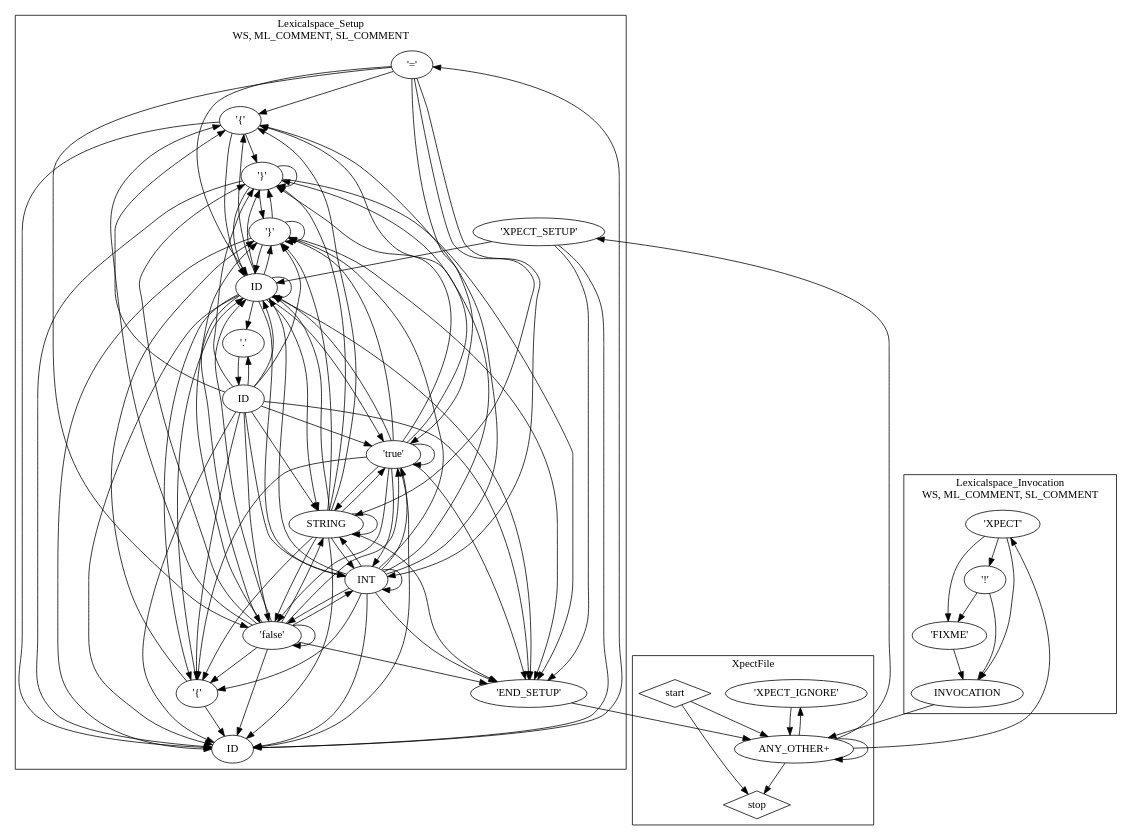
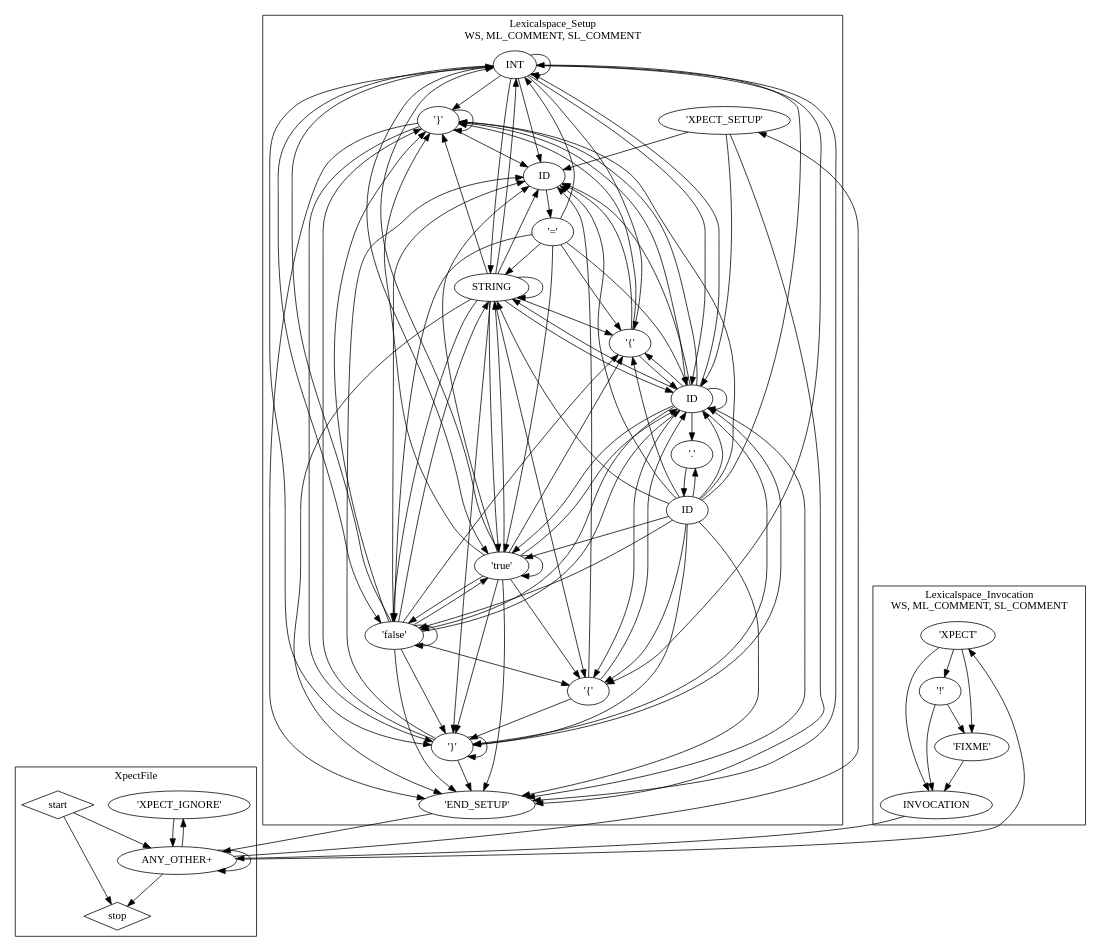
One commit to tjeske/Xpect changed the diagram in org.eclipse.xpect.ui/src-gen/org/eclipse/xpect/lexer/XpectHIGrammarNfa.dot. Above: the diagram before and after it, drawn with Graphviz. The commit also changed 135 other files, not shown here.

```diff
--- a/org.eclipse.xpect.ui/src-gen/org/eclipse/xpect/lexer/XpectHIGrammarNfa.dot
+++ b/org.eclipse.xpect.ui/src-gen/org/eclipse/xpect/lexer/XpectHIGrammarNfa.dot
@@ -1,150 +1,150 @@
 ## This is a Graphviz .dot file (http://www.graphviz.org/)
 ## You can use the command 'dot -Tpdf this.dot > out.pdf' to render it.
 digraph G {
-subgraph cluster_lexicalgroup1300528434 {
-label="Lexicalspace_Setup\nWS, ML_COMMENT, SL_COMMENT";
-tokennfastate1099307364 [label="'='"];
-tokennfastate778559237 [label="'{'"];
-tokennfastate464458344 [label=ID];
-tokennfastate640145996 [label="'}'"];
-tokennfastate108906448 [label="'false'"];
-tokennfastate1303951496 [label="'XPECT_SETUP'"];
-tokennfastate413046895 [label="'}'"];
-tokennfastate1640502170 [label="'END_SETUP'"];
-tokennfastate234471338 [label=ID];
-tokennfastate1420933636 [label=INT];
-tokennfastate6645235 [label=STRING];
-tokennfastate13395290 [label="'true'"];
-tokennfastate413215160 [label="'.'"];
-tokennfastate227127507 [label="'{'"];
-tokennfastate143782287 [label=ID];
+subgraph cluster_lexicalgroup1555928242 {
+label="Lexicalspace_Invocation\nWS, ML_COMMENT, SL_COMMENT";
+tokennfastate753282599 [label="'!'"];
+tokennfastate1949153992 [label="'XPECT'"];
+tokennfastate2136962865 [label=INVOCATION];
+tokennfastate791512944 [label="'FIXME'"];
 }
 
-subgraph cluster_lexicalgroup440472115 {
-label="XpectFile\n";
-tokennfastate174271200 [label="'XPECT_IGNORE'"];
-tokennfastate1901662085 [shape=diamond,label=start];
-tokennfastate562203102 [label="ANY_OTHER+"];
-tokennfastate131223023 [shape=diamond,label=stop];
+subgraph cluster_lexicalgroup825791803 {
+label="Lexicalspace_Setup\nWS, ML_COMMENT, SL_COMMENT";
+tokennfastate1953342799 [label=INT];
+tokennfastate1188137523 [label="'END_SETUP'"];
+tokennfastate1921332678 [label="'.'"];
+tokennfastate1871689990 [label="'}'"];
+tokennfastate1638556416 [label=ID];
+tokennfastate892903721 [label="'{'"];
+tokennfastate38073174 [label=ID];
+tokennfastate2058316797 [label="'}'"];
+tokennfastate1986901753 [label="'false'"];
+tokennfastate1977299598 [label="'XPECT_SETUP'"];
+tokennfastate811986896 [label=ID];
+tokennfastate198220326 [label="'='"];
+tokennfastate470217116 [label="'true'"];
+tokennfastate1016893923 [label="'{'"];
+tokennfastate1344320927 [label=STRING];
 }
 
-subgraph cluster_lexicalgroup1792088662 {
-label="Lexicalspace_Invocation\nWS, ML_COMMENT, SL_COMMENT";
-tokennfastate2141140246 [label="'XPECT'"];
-tokennfastate1749476584 [label="'FIXME'"];
-tokennfastate1201057368 [label="'!'"];
-tokennfastate1227400007 [label=INVOCATION];
+subgraph cluster_lexicalgroup278166606 {
+label="XpectFile\n";
+tokennfastate2116946826 [label="'XPECT_IGNORE'"];
+tokennfastate1250685404 [shape=diamond,label=start];
+tokennfastate1230977381 [shape=diamond,label=stop];
+tokennfastate428169113 [label="ANY_OTHER+"];
 }
 
-tokennfastate1099307364->tokennfastate234471338 [];
-tokennfastate1099307364->tokennfastate778559237 [];
-tokennfastate1099307364->tokennfastate13395290 [];
-tokennfastate1099307364->tokennfastate108906448 [];
-tokennfastate1099307364->tokennfastate1420933636 [];
-tokennfastate1099307364->tokennfastate6645235 [];
-tokennfastate778559237->tokennfastate640145996 [];
-tokennfastate778559237->tokennfastate464458344 [];
-tokennfastate778559237->tokennfastate234471338 [];
-tokennfastate464458344->tokennfastate1099307364 [];
-tokennfastate640145996->tokennfastate413046895 [];
-tokennfastate640145996->tokennfastate234471338 [];
-tokennfastate640145996->tokennfastate464458344 [];
-tokennfastate640145996->tokennfastate640145996 [];
-tokennfastate640145996->tokennfastate1640502170 [];
-tokennfastate108906448->tokennfastate778559237 [];
-tokennfastate108906448->tokennfastate413046895 [];
-tokennfastate108906448->tokennfastate234471338 [];
-tokennfastate108906448->tokennfastate464458344 [];
-tokennfastate108906448->tokennfastate640145996 [];
-tokennfastate108906448->tokennfastate1640502170 [];
-tokennfastate108906448->tokennfastate227127507 [];
-tokennfastate108906448->tokennfastate13395290 [];
-tokennfastate108906448->tokennfastate108906448 [];
-tokennfastate108906448->tokennfastate1420933636 [];
-tokennfastate108906448->tokennfastate6645235 [];
-tokennfastate1303951496->tokennfastate1640502170 [];
-tokennfastate1303951496->tokennfastate234471338 [];
-tokennfastate1303951496->tokennfastate464458344 [];
-tokennfastate413046895->tokennfastate1640502170 [];
-tokennfastate413046895->tokennfastate234471338 [];
-tokennfastate413046895->tokennfastate464458344 [];
-tokennfastate413046895->tokennfastate413046895 [];
-tokennfastate413046895->tokennfastate640145996 [];
-tokennfastate1640502170->tokennfastate562203102 [];
-tokennfastate234471338->tokennfastate1640502170 [];
-tokennfastate234471338->tokennfastate234471338 [];
-tokennfastate234471338->tokennfastate464458344 [];
-tokennfastate234471338->tokennfastate413215160 [];
-tokennfastate234471338->tokennfastate413046895 [];
-tokennfastate234471338->tokennfastate640145996 [];
-tokennfastate234471338->tokennfastate13395290 [];
-tokennfastate234471338->tokennfastate108906448 [];
-tokennfastate234471338->tokennfastate1420933636 [];
-tokennfastate234471338->tokennfastate6645235 [];
-tokennfastate234471338->tokennfastate778559237 [];
-tokennfastate234471338->tokennfastate227127507 [];
-tokennfastate1420933636->tokennfastate778559237 [];
-tokennfastate1420933636->tokennfastate413046895 [];
-tokennfastate1420933636->tokennfastate234471338 [];
-tokennfastate1420933636->tokennfastate464458344 [];
-tokennfastate1420933636->tokennfastate640145996 [];
-tokennfastate1420933636->tokennfastate1640502170 [];
-tokennfastate1420933636->tokennfastate227127507 [];
-tokennfastate1420933636->tokennfastate13395290 [];
-tokennfastate1420933636->tokennfastate108906448 [];
-tokennfastate1420933636->tokennfastate1420933636 [];
-tokennfastate1420933636->tokennfastate6645235 [];
-tokennfastate6645235->tokennfastate778559237 [];
-tokennfastate6645235->tokennfastate413046895 [];
-tokennfastate6645235->tokennfastate234471338 [];
-tokennfastate6645235->tokennfastate464458344 [];
-tokennfastate6645235->tokennfastate640145996 [];
-tokennfastate6645235->tokennfastate1640502170 [];
-tokennfastate6645235->tokennfastate227127507 [];
-tokennfastate6645235->tokennfastate13395290 [];
-tokennfastate6645235->tokennfastate108906448 [];
-tokennfastate6645235->tokennfastate1420933636 [];
-tokennfastate6645235->tokennfastate6645235 [];
-tokennfastate13395290->tokennfastate778559237 [];
-tokennfastate13395290->tokennfastate413046895 [];
-tokennfastate13395290->tokennfastate234471338 [];
-tokennfastate13395290->tokennfastate464458344 [];
-tokennfastate13395290->tokennfastate640145996 [];
-tokennfastate13395290->tokennfastate1640502170 [];
-tokennfastate13395290->tokennfastate227127507 [];
-tokennfastate13395290->tokennfastate13395290 [];
-tokennfastate13395290->tokennfastate108906448 [];
-tokennfastate13395290->tokennfastate1420933636 [];
-tokennfastate13395290->tokennfastate6645235 [];
-tokennfastate413215160->tokennfastate143782287 [];
-tokennfastate227127507->tokennfastate413046895 [];
-tokennfastate227127507->tokennfastate234471338 [];
-tokennfastate227127507->tokennfastate464458344 [];
-tokennfastate143782287->tokennfastate227127507 [];
-tokennfastate143782287->tokennfastate13395290 [];
-tokennfastate143782287->tokennfastate108906448 [];
-tokennfastate143782287->tokennfastate1420933636 [];
-tokennfastate143782287->tokennfastate6645235 [];
-tokennfastate143782287->tokennfastate413046895 [];
-tokennfastate143782287->tokennfastate234471338 [];
-tokennfastate143782287->tokennfastate464458344 [];
-tokennfastate143782287->tokennfastate640145996 [];
-tokennfastate143782287->tokennfastate1640502170 [];
-tokennfastate143782287->tokennfastate778559237 [];
-tokennfastate143782287->tokennfastate413215160 [];
-tokennfastate174271200->tokennfastate562203102 [];
-tokennfastate1901662085->tokennfastate131223023 [];
-tokennfastate1901662085->tokennfastate562203102 [];
-tokennfastate562203102->tokennfastate174271200 [];
-tokennfastate562203102->tokennfastate1303951496 [];
-tokennfastate562203102->tokennfastate2141140246 [];
-tokennfastate562203102->tokennfastate131223023 [];
-tokennfastate562203102->tokennfastate562203102 [];
-tokennfastate2141140246->tokennfastate1227400007 [];
-tokennfastate2141140246->tokennfastate1201057368 [];
-tokennfastate2141140246->tokennfastate1749476584 [];
-tokennfastate1749476584->tokennfastate1227400007 [];
-tokennfastate1201057368->tokennfastate1227400007 [];
-tokennfastate1201057368->tokennfastate1749476584 [];
-tokennfastate1227400007->tokennfastate562203102 [];
+tokennfastate753282599->tokennfastate2136962865 [];
+tokennfastate753282599->tokennfastate791512944 [];
+tokennfastate1949153992->tokennfastate2136962865 [];
+tokennfastate1949153992->tokennfastate753282599 [];
+tokennfastate1949153992->tokennfastate791512944 [];
+tokennfastate2136962865->tokennfastate428169113 [];
+tokennfastate791512944->tokennfastate2136962865 [];
+tokennfastate1953342799->tokennfastate1016893923 [];
+tokennfastate1953342799->tokennfastate2058316797 [];
+tokennfastate1953342799->tokennfastate811986896 [];
+tokennfastate1953342799->tokennfastate38073174 [];
+tokennfastate1953342799->tokennfastate1871689990 [];
+tokennfastate1953342799->tokennfastate1188137523 [];
+tokennfastate1953342799->tokennfastate892903721 [];
+tokennfastate1953342799->tokennfastate470217116 [];
+tokennfastate1953342799->tokennfastate1986901753 [];
+tokennfastate1953342799->tokennfastate1953342799 [];
+tokennfastate1953342799->tokennfastate1344320927 [];
+tokennfastate1188137523->tokennfastate428169113 [];
+tokennfastate1921332678->tokennfastate1638556416 [];
+tokennfastate1871689990->tokennfastate2058316797 [];
+tokennfastate1871689990->tokennfastate811986896 [];
+tokennfastate1871689990->tokennfastate38073174 [];
+tokennfastate1871689990->tokennfastate1871689990 [];
+tokennfastate1871689990->tokennfastate1188137523 [];
+tokennfastate1638556416->tokennfastate892903721 [];
+tokennfastate1638556416->tokennfastate470217116 [];
+tokennfastate1638556416->tokennfastate1986901753 [];
+tokennfastate1638556416->tokennfastate1953342799 [];
+tokennfastate1638556416->tokennfastate1344320927 [];
+tokennfastate1638556416->tokennfastate2058316797 [];
+tokennfastate1638556416->tokennfastate811986896 [];
+tokennfastate1638556416->tokennfastate38073174 [];
+tokennfastate1638556416->tokennfastate1871689990 [];
+tokennfastate1638556416->tokennfastate1188137523 [];
+tokennfastate1638556416->tokennfastate1016893923 [];
+tokennfastate1638556416->tokennfastate1921332678 [];
+tokennfastate892903721->tokennfastate2058316797 [];
+tokennfastate892903721->tokennfastate811986896 [];
+tokennfastate892903721->tokennfastate38073174 [];
+tokennfastate38073174->tokennfastate198220326 [];
+tokennfastate2058316797->tokennfastate1188137523 [];
+tokennfastate2058316797->tokennfastate811986896 [];
+tokennfastate2058316797->tokennfastate38073174 [];
+tokennfastate2058316797->tokennfastate2058316797 [];
+tokennfastate2058316797->tokennfastate1871689990 [];
+tokennfastate1986901753->tokennfastate1016893923 [];
+tokennfastate1986901753->tokennfastate2058316797 [];
+tokennfastate1986901753->tokennfastate811986896 [];
+tokennfastate1986901753->tokennfastate38073174 [];
+tokennfastate1986901753->tokennfastate1871689990 [];
+tokennfastate1986901753->tokennfastate1188137523 [];
+tokennfastate1986901753->tokennfastate892903721 [];
+tokennfastate1986901753->tokennfastate470217116 [];
+tokennfastate1986901753->tokennfastate1986901753 [];
+tokennfastate1986901753->tokennfastate1953342799 [];
+tokennfastate1986901753->tokennfastate1344320927 [];
+tokennfastate1977299598->tokennfastate1188137523 [];
+tokennfastate1977299598->tokennfastate811986896 [];
+tokennfastate1977299598->tokennfastate38073174 [];
+tokennfastate811986896->tokennfastate1188137523 [];
+tokennfastate811986896->tokennfastate811986896 [];
+tokennfastate811986896->tokennfastate38073174 [];
+tokennfastate811986896->tokennfastate1921332678 [];
+tokennfastate811986896->tokennfastate2058316797 [];
+tokennfastate811986896->tokennfastate1871689990 [];
+tokennfastate811986896->tokennfastate470217116 [];
+tokennfastate811986896->tokennfastate1986901753 [];
+tokennfastate811986896->tokennfastate1953342799 [];
+tokennfastate811986896->tokennfastate1344320927 [];
+tokennfastate811986896->tokennfastate1016893923 [];
+tokennfastate811986896->tokennfastate892903721 [];
+tokennfastate198220326->tokennfastate811986896 [];
+tokennfastate198220326->tokennfastate1016893923 [];
+tokennfastate198220326->tokennfastate470217116 [];
+tokennfastate198220326->tokennfastate1986901753 [];
+tokennfastate198220326->tokennfastate1953342799 [];
+tokennfastate198220326->tokennfastate1344320927 [];
+tokennfastate470217116->tokennfastate1016893923 [];
+tokennfastate470217116->tokennfastate2058316797 [];
+tokennfastate470217116->tokennfastate811986896 [];
+tokennfastate470217116->tokennfastate38073174 [];
+tokennfastate470217116->tokennfastate1871689990 [];
+tokennfastate470217116->tokennfastate1188137523 [];
+tokennfastate470217116->tokennfastate892903721 [];
+tokennfastate470217116->tokennfastate470217116 [];
+tokennfastate470217116->tokennfastate1986901753 [];
+tokennfastate470217116->tokennfastate1953342799 [];
+tokennfastate470217116->tokennfastate1344320927 [];
+tokennfastate1016893923->tokennfastate1871689990 [];
+tokennfastate1016893923->tokennfastate38073174 [];
+tokennfastate1016893923->tokennfastate811986896 [];
+tokennfastate1344320927->tokennfastate1016893923 [];
+tokennfastate1344320927->tokennfastate2058316797 [];
+tokennfastate1344320927->tokennfastate811986896 [];
+tokennfastate1344320927->tokennfastate38073174 [];
+tokennfastate1344320927->tokennfastate1871689990 [];
+tokennfastate1344320927->tokennfastate1188137523 [];
+tokennfastate1344320927->tokennfastate892903721 [];
+tokennfastate1344320927->tokennfastate470217116 [];
+tokennfastate1344320927->tokennfastate1986901753 [];
+tokennfastate1344320927->tokennfastate1953342799 [];
+tokennfastate1344320927->tokennfastate1344320927 [];
+tokennfastate2116946826->tokennfastate428169113 [];
+tokennfastate1250685404->tokennfastate1230977381 [];
+tokennfastate1250685404->tokennfastate428169113 [];
+tokennfastate428169113->tokennfastate2116946826 [];
+tokennfastate428169113->tokennfastate1977299598 [];
+tokennfastate428169113->tokennfastate1949153992 [];
+tokennfastate428169113->tokennfastate1230977381 [];
+tokennfastate428169113->tokennfastate428169113 [];
 }
```
